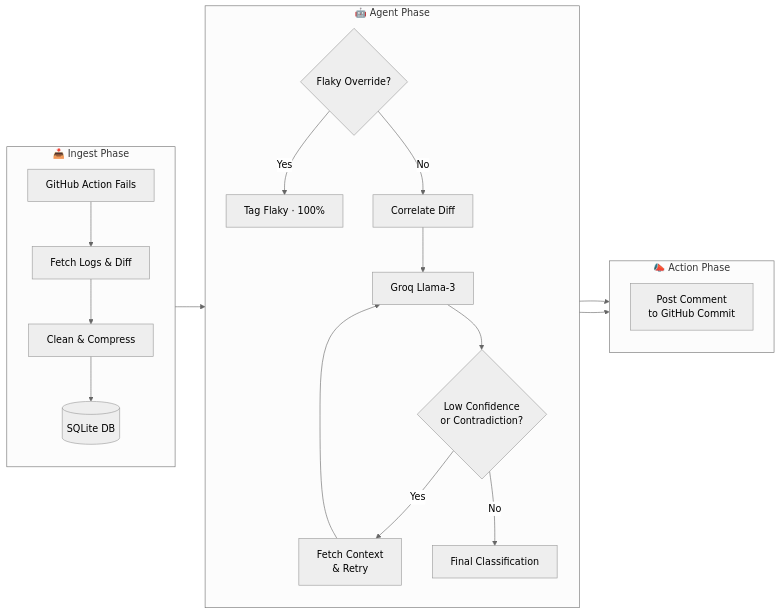
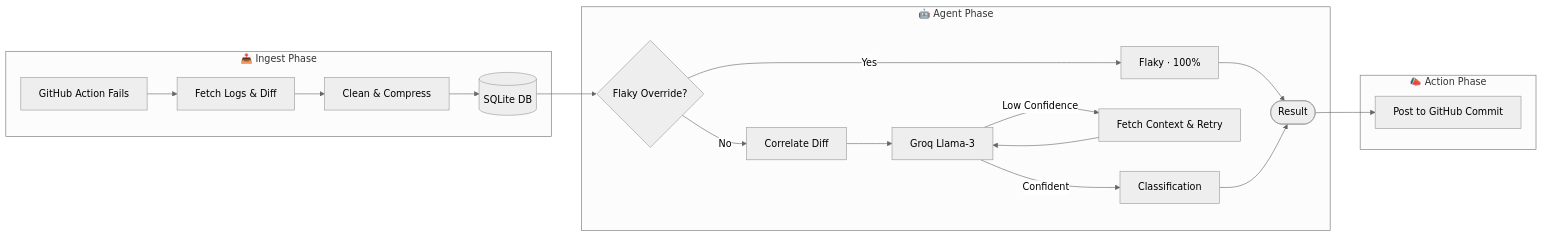
Before and after one commit to ali-aslam1/ci-triage-agent: the diagram in README.md, drawn with Mermaid (neutral theme).

Commit message:
Refactor Mermaid diagram for clarity and consistency

````diff
--- a/README.md
+++ b/README.md
@@ -16,30 +16,26 @@
 ```mermaid
 flowchart LR
     subgraph Ingest["📥 Ingest Phase"]
-        direction TB
         A[GitHub Action Fails] --> B[Fetch Logs & Diff]
         B --> C[Clean & Compress]
         C --> D[(SQLite DB)]
     end
 
     subgraph Agent["🤖 Agent Phase"]
-        direction TB
-        E{Flaky Override?}
-        E -->|Yes| F[Tag Flaky · 100%]
+        E{Flaky Override?} -->|Yes| F[Flaky · 100%]
         E -->|No| G[Correlate Diff]
         G --> H[Groq Llama-3]
-        H --> I{Low Confidence\nor Contradiction?}
-        I -->|Yes| J[Fetch Context\n& Retry]
+        H -->|Low Confidence| J[Fetch Context & Retry]
         J --> H
-        I -->|No| K[Final Classification]
+        H -->|Confident| K[Classification]
+        F --> R([Result])
+        K --> R
     end
 
     subgraph Action["📣 Action Phase"]
-        direction TB
-        L[Post Comment\nto GitHub Commit]
+        L[Post to GitHub Commit]
     end
 
     D --> E
-    F --> L
-    K --> L
+    R --> L
 ```
````
